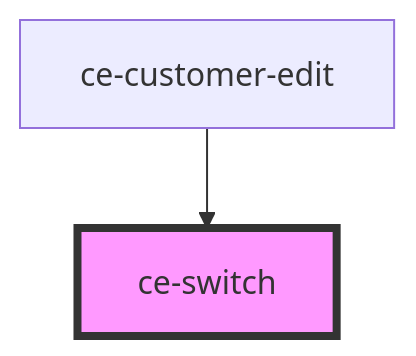
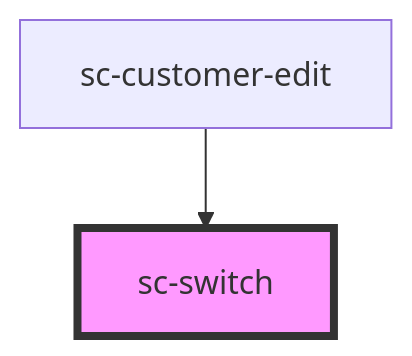
Before and after one commit to surecart/surecart-wp-plugin: the diagram in packages/components/src/components/ui/switch/readme.md, drawn with Mermaid. The commit also changed other lines of this file and 1281 other files, not shown here.

````diff
--- a/packages/components/src/components/ui/switch/readme.md
+++ b/packages/components/src/components/ui/switch/readme.md
@@ -67,5 +58,5 @@
 ```mermaid
 graph TD;
-  ce-customer-edit --> ce-switch
-  style ce-switch fill:#f9f,stroke:#333,stroke-width:4px
+  sc-customer-edit --> sc-switch
+  style sc-switch fill:#f9f,stroke:#333,stroke-width:4px
 ```
````
